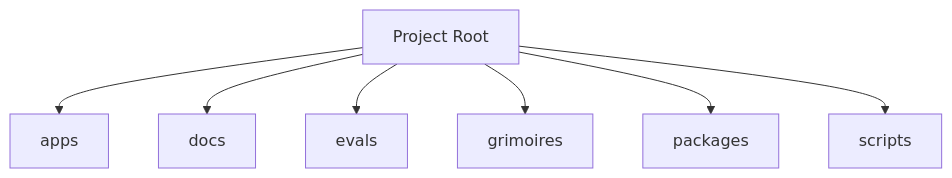
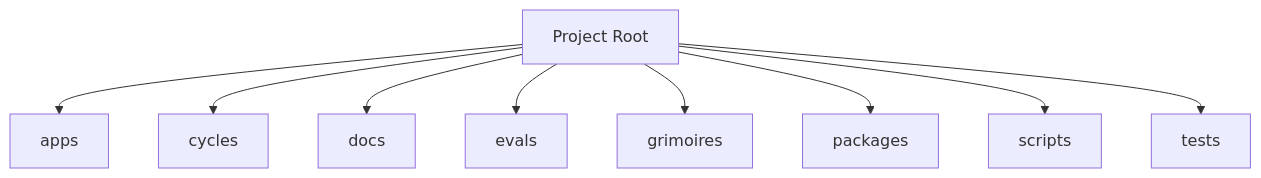
The diagram in BUTTERFREEZONE.md (0xHoneyJar/freeside-characters), drawn with Mermaid before and after one commit. The commit also changed other lines of this file and 4 other files, not shown here.

````diff
--- a/BUTTERFREEZONE.md
+++ b/BUTTERFREEZONE.md
@@ -67,16 +47,20 @@
 ```mermaid
 graph TD
     apps[apps]
+    cycles[cycles]
     docs[docs]
     evals[evals]
     grimoires[grimoires]
     packages[packages]
     scripts[scripts]
+    tests[tests]
     Root[Project Root]
     Root --> apps
+    Root --> cycles
     Root --> docs
     Root --> evals
     Root --> grimoires
     Root --> packages
     Root --> scripts
+    Root --> tests
 ```
````
